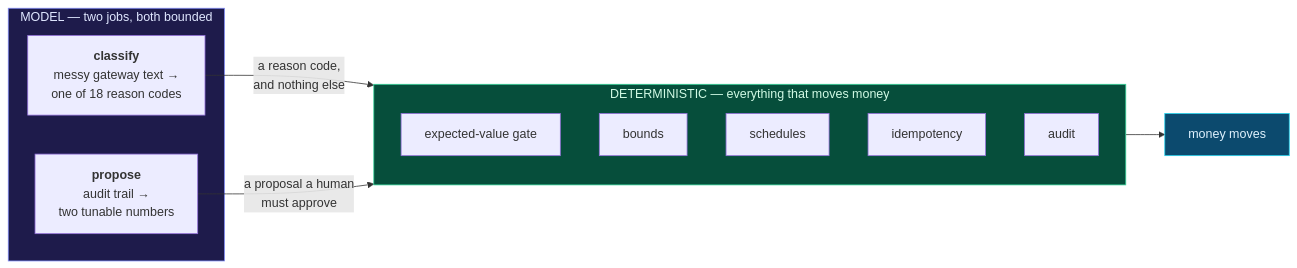
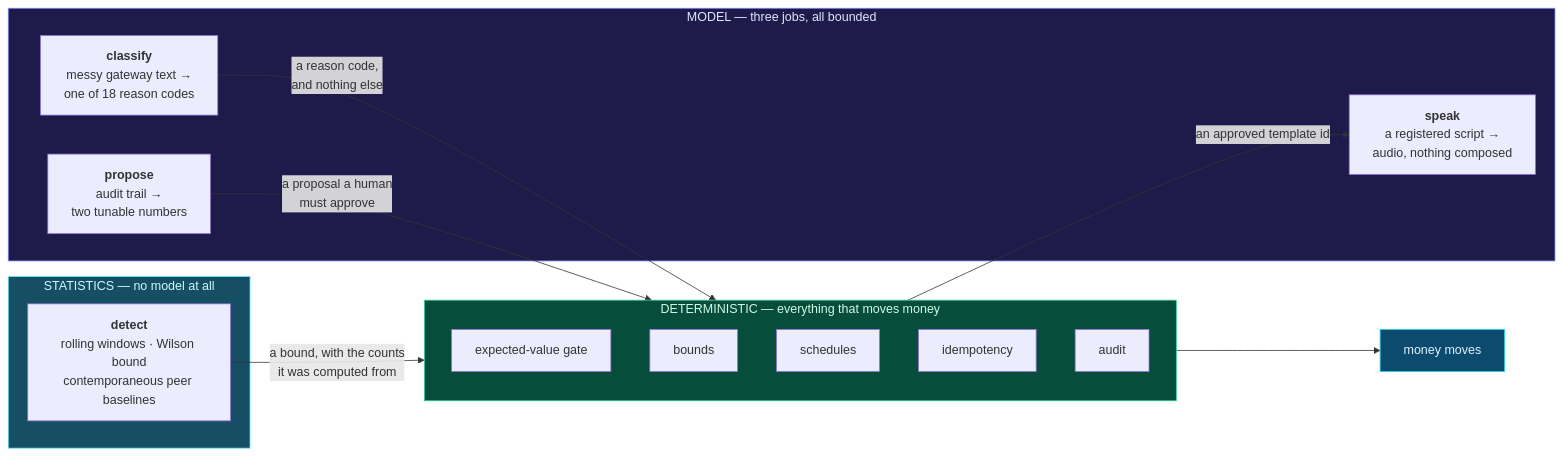
One commit to Ankit27-09/Wapsi changed diagram 14 of 15 in ARCHITECTURE.md. Above: the diagram before and after it, drawn with Mermaid. The commit also changed other lines of this file and 12 other files, not shown here.

````diff
--- a/ARCHITECTURE.md
+++ b/ARCHITECTURE.md
@@ -683,24 +702,31 @@
 ```mermaid
 flowchart LR
-    subgraph ai["MODEL — two jobs, both bounded"]
+    subgraph ai["MODEL — three jobs, all bounded"]
         C["<b>classify</b><br/>messy gateway text →<br/>one of 18 reason codes"]
         P["<b>propose</b><br/>audit trail →<br/>two tunable numbers"]
+        V["<b>speak</b><br/>a registered script →<br/>audio, nothing composed"]
+    end
+
+    subgraph stat["STATISTICS — no model at all"]
+        D["<b>detect</b><br/>rolling windows · Wilson bound<br/>contemporaneous peer baselines"]
     end
 
     subgraph det["DETERMINISTIC — everything that moves money"]
         G["expected-value gate"]
         B["bounds"]
         S["schedules"]
         I["idempotency"]
         A["audit"]
     end
 
     C -->|"a reason code,<br/>and nothing else"| det
     P -->|"a proposal a human<br/>must approve"| det
-
+    D -->|"a bound, with the counts<br/>it was computed from"| det
+    det -->|"an approved template id"| V
     det --> MONEY["money moves"]
 
     style ai fill:#1e1b4b,stroke:#818cf8,color:#e0e7ff
+    style stat fill:#164e63,stroke:#67e8f9,color:#cffafe
     style det fill:#064e3b,stroke:#34d399,color:#d1fae5
     style MONEY fill:#0c4a6e,stroke:#22d3ee,color:#e0f2fe
 ```
````
